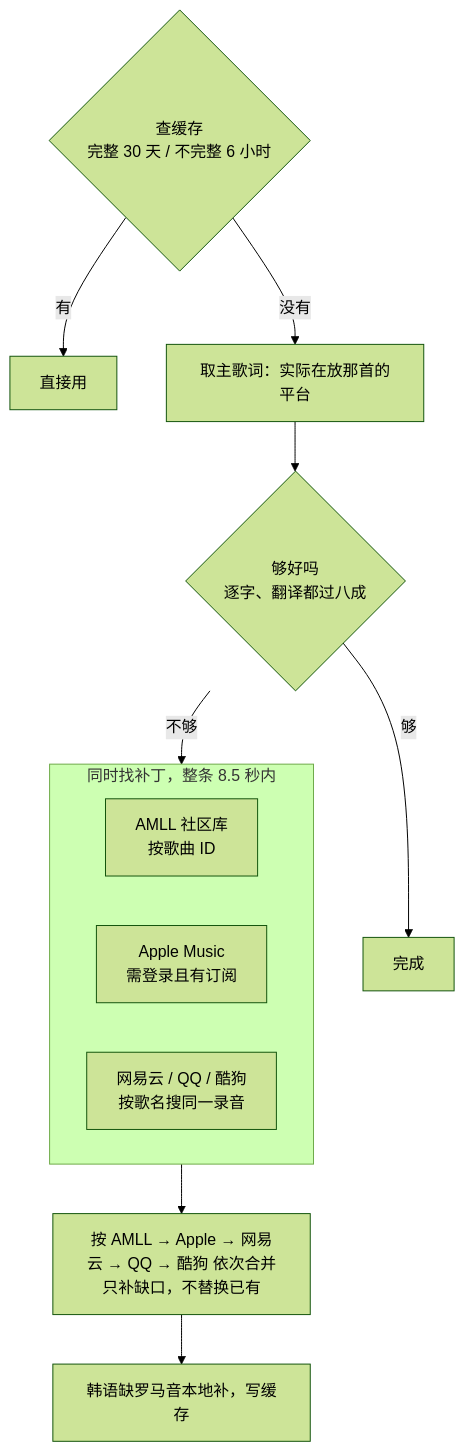
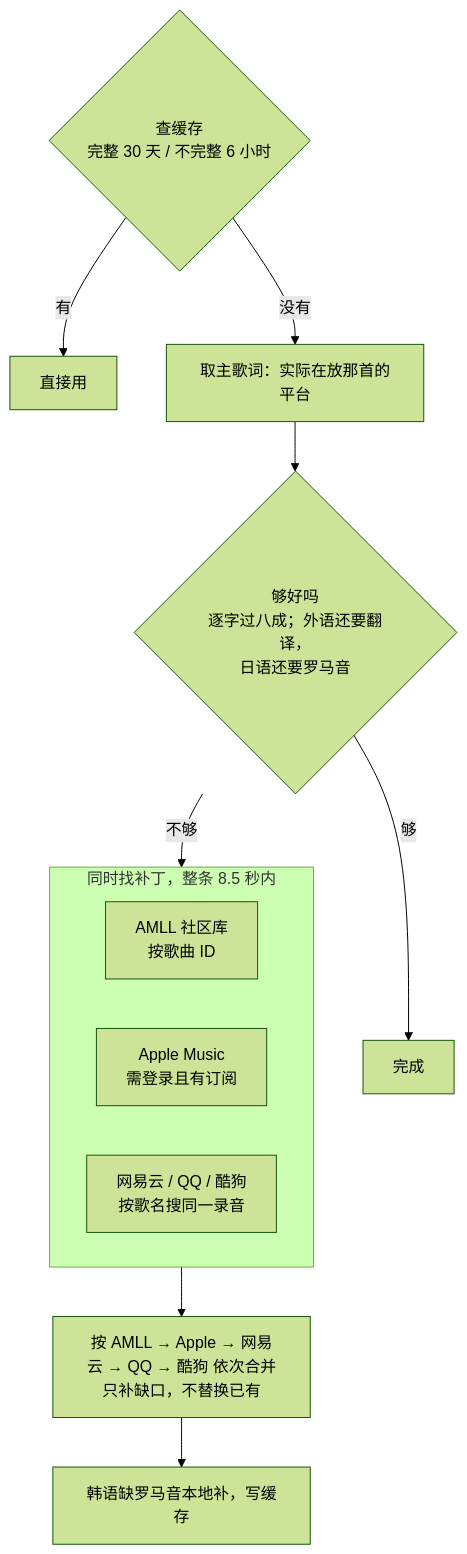
The second of 2 diagrams in docs/project/ARCHITECTURE.md (violetsnowl/Nebula), drawn with Mermaid (forest theme) before and after one commit. The commit also changed other lines of this file and 10 other files, not shown here.

````diff
--- a/docs/project/ARCHITECTURE.md
+++ b/docs/project/ARCHITECTURE.md
@@ -139,15 +139,15 @@
 ```mermaid
 flowchart TD
   K{查缓存<br/>完整 30 天 / 不完整 6 小时} -->|有| K1[直接用]
   K -->|没有| P[取主歌词：实际在放那首的平台]
-  P --> G{够好吗<br/>逐字、翻译都过八成}
+  P --> G{够好吗<br/>逐字过八成；外语还要翻译，<br/>日语还要罗马音}
   G -->|够| G1[完成]
   G -->|不够| S
   subgraph S [同时找补丁，整条 8.5 秒内]
     S1[AMLL 社区库<br/>按歌曲 ID]
     S2[Apple Music<br/>需登录且有订阅]
     S3[网易云 / QQ / 酷狗<br/>按歌名搜同一录音]
   end
   S --> M[按 AMLL → Apple → 网易云 → QQ → 酷狗 依次合并<br/>只补缺口，不替换已有]
   M --> R[韩语缺罗马音本地补，写缓存]
 ```
````
